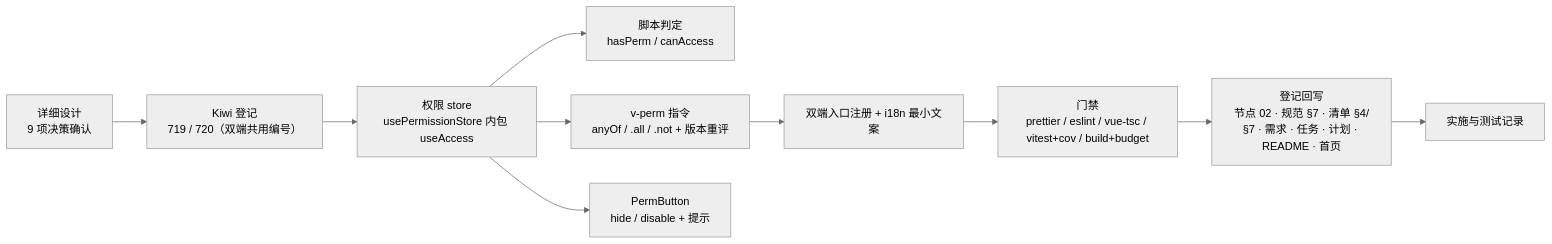
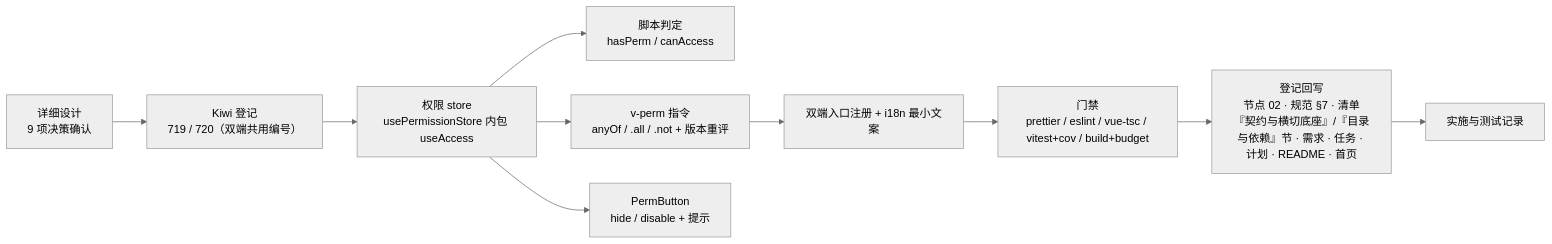
Before and after one commit to minjian123/basic-management-system: the diagram in bms文档/项目/04_前端组件库/任务/02_基础组件类/02_基础组件类_06_基础类横切底座/02_基础组件类_06_基础类横切底座_02_权限指令/实施/01_实施_06_02_权限指令.md, drawn with Mermaid (neutral theme). The commit also changed other lines of this file and 134 other files, not shown here.

````diff
--- a/bms文档/项目/04_前端组件库/任务/02_基础组件类/02_基础组件类_06_基础类横切底座/02_基础组件类_06_基础类横切底座_02_权限指令/实施/01_实施_06_02_权限指令.md
+++ b/bms文档/项目/04_前端组件库/任务/02_基础组件类/02_基础组件类_06_基础类横切底座/02_基础组件类_06_基础类横切底座_02_权限指令/实施/01_实施_06_02_权限指令.md
@@ -23,12 +23,12 @@
 ```mermaid
 flowchart LR
     D["详细设计<br/>9 项决策确认"] --> K["Kiwi 登记<br/>719 / 720（双端共用编号）"]
     K --> S["权限 store<br/>usePermissionStore 内包 useAccess"]
     S --> U["脚本判定<br/>hasPerm / canAccess"]
     S --> V["v-perm 指令<br/>anyOf / .all / .not + 版本重评"]
     S --> B["PermButton<br/>hide / disable + 提示"]
     V --> M["双端入口注册 + i18n 最小文案"]
     M --> G["门禁<br/>prettier / eslint / vue-tsc / vitest+cov / build+budget"]
-    G --> W["登记回写<br/>节点 02 · 规范 §7 · 清单 §4/§7 · 需求 · 任务 · 计划 · README · 首页"]
+    G --> W["登记回写<br/>节点 02 · 规范 §7 · 清单『契约与横切底座』/『目录与依赖』节 · 需求 · 任务 · 计划 · README · 首页"]
     W --> L["实施与测试记录"]
 ```
````
